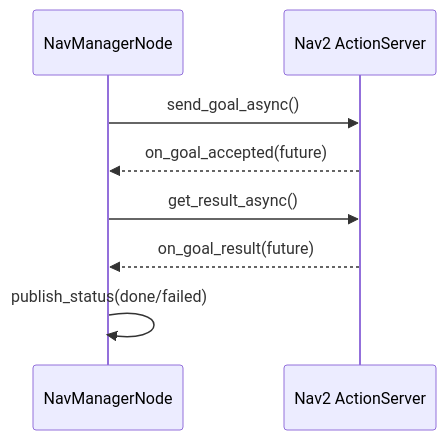
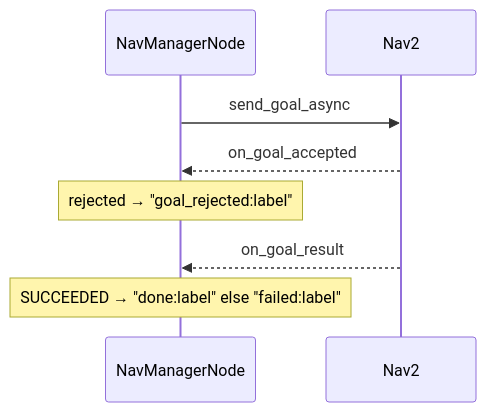
The diagram in 01-literate/03-nav_manager_node.md (Boston-Robot-Hackers/dome_nav), drawn with Mermaid before and after one commit. The commit also changed other lines of this file and 11 other files, not shown here.

````diff
--- a/01-literate/03-nav_manager_node.md
+++ b/01-literate/03-nav_manager_node.md
@@ -62,10 +89,10 @@
 ```mermaid
 sequenceDiagram
     participant N as NavManagerNode
-    participant A as Nav2 ActionServer
-    N->>A: send_goal_async()
-    A-->>N: on_goal_accepted(future)
-    N->>A: get_result_async()
-    A-->>N: on_goal_result(future)
-    N->>N: publish_status(done/failed)
+    participant Nav2
+    N->>Nav2: send_goal_async
+    Nav2-->>N: on_goal_accepted
+    Note over N: rejected → "goal_rejected:label"
+    Nav2-->>N: on_goal_result
+    Note over N: SUCCEEDED → "done:label" else "failed:label"
 ```
````
